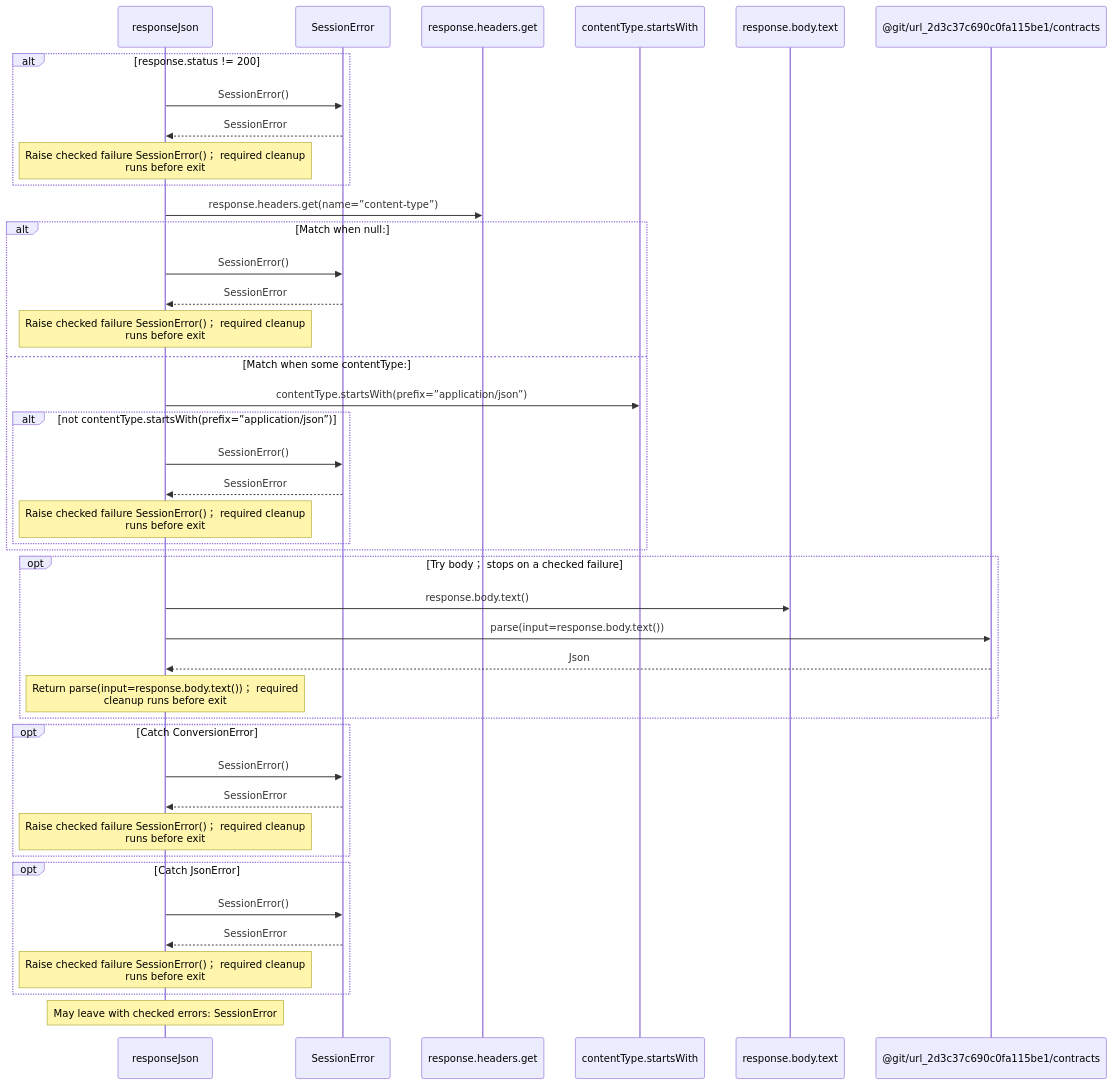
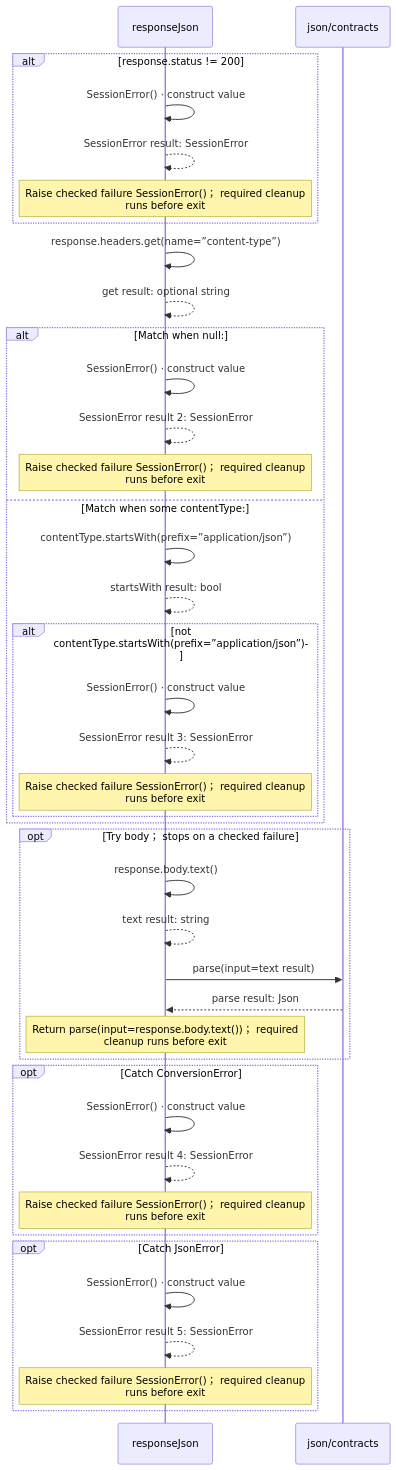
One commit to GreenPandaStudios/augscript changed the fourth of 9 diagrams in docs/examples/oidc-login/client/protocol-diagrams.md. Above: the diagram before and after it, drawn with Mermaid. The commit also changed other lines of this file and 304 other files, not shown here.

Commit message:
Make generated data-flow sequences concise and review every diagram

````diff
--- a/docs/examples/oidc-login/client/protocol-diagrams.md
+++ b/docs/examples/oidc-login/client/protocol-diagrams.md
@@ -102,44 +77,42 @@
 ```mermaid
 sequenceDiagram
     participant p0 as responseJson
-    participant p1 as SessionError
-    participant p2 as response.headers.get
-    participant p3 as contentType.startsWith
-    participant p4 as response.body.text
-    participant p5 as @git/url_2d3c37c690c0fa115be1/contracts
+    participant p1 as json/contracts
     alt response.status != 200
-    p0->>p1: SessionError()
-    p1-->>p0: SessionError
+    p0->>p0: SessionError() · construct value
+    p0-->>p0: SessionError result: SessionError
     Note over p0: Raise checked failure SessionError()； required cleanup<br/>runs before exit
     end
-    p0->>p2: response.headers.get(name=”content-type”)
+    p0->>p0: response.headers.get(name=”content-type”)
+    p0-->>p0: get result: optional string
     alt Match when null:
-    p0->>p1: SessionError()
-    p1-->>p0: SessionError
+    p0->>p0: SessionError() · construct value
+    p0-->>p0: SessionError result 2: SessionError
     Note over p0: Raise checked failure SessionError()； required cleanup<br/>runs before exit
     else Match when some contentType:
-    p0->>p3: contentType.startsWith(prefix=”application/json”)
+    p0->>p0: contentType.startsWith(prefix=”application/json”)
+    p0-->>p0: startsWith result: bool
     alt not contentType.startsWith(prefix=”application/json”)
-    p0->>p1: SessionError()
-    p1-->>p0: SessionError
+    p0->>p0: SessionError() · construct value
+    p0-->>p0: SessionError result 3: SessionError
     Note over p0: Raise checked failure SessionError()； required cleanup<br/>runs before exit
     end
     end
     opt Try body； stops on a checked failure
-    p0->>p4: response.body.text()
-    p0->>p5: parse(input=response.body.text())
-    p5-->>p0: Json
+    p0->>p0: response.body.text()
+    p0-->>p0: text result: string
+    p0->>p1: parse(input=text result)
+    p1-->>p0: parse result: Json
     Note over p0: Return parse(input=response.body.text())； required<br/>cleanup runs before exit
     end
     opt Catch ConversionError
-    p0->>p1: SessionError()
-    p1-->>p0: SessionError
+    p0->>p0: SessionError() · construct value
+    p0-->>p0: SessionError result 4: SessionError
     Note over p0: Raise checked failure SessionError()； required cleanup<br/>runs before exit
     end
     opt Catch JsonError
-    p0->>p1: SessionError()
-    p1-->>p0: SessionError
+    p0->>p0: SessionError() · construct value
+    p0-->>p0: SessionError result 5: SessionError
     Note over p0: Raise checked failure SessionError()； required cleanup<br/>runs before exit
     end
-    Note over p0: May leave with checked errors: SessionError
 ```
````
